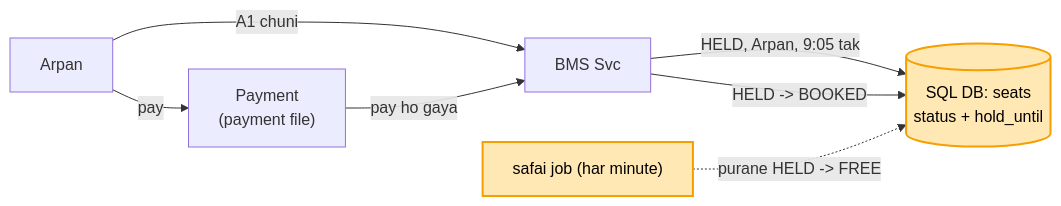
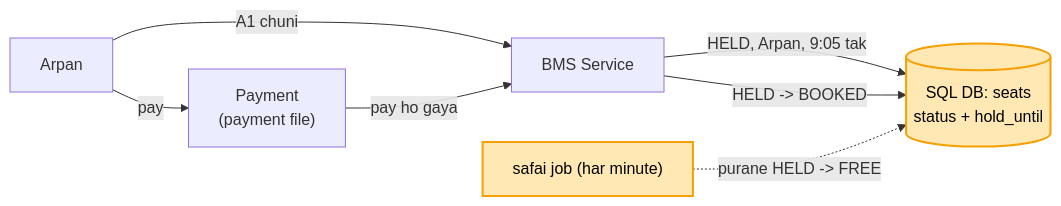
Before and after one commit to ArpanMaheshwari144/Prep: the second of 5 diagrams in 04_HLD/SYSTEM_DESIGNS/09_bookmyshow/09_bookmyshow.md, drawn with Mermaid. The commit also changed other lines of this file and 8 other files, not shown here.

````diff
--- a/04_HLD/SYSTEM_DESIGNS/09_bookmyshow/09_bookmyshow.md
+++ b/04_HLD/SYSTEM_DESIGNS/09_bookmyshow/09_bookmyshow.md
@@ -127,11 +127,11 @@
 ```mermaid
 flowchart LR
-    U["Arpan"] -- "A1 chuni" --> S["BMS Svc"]
+    U["Arpan"] -- "A1 chuni" --> S["BMS Service"]
     S -- "HELD, Arpan, 9:05 tak" --> D[("SQL DB: seats<br/>status + hold_until")]
     U -- "pay" --> P["Payment<br/>(payment file)"]
     P -- "pay ho gaya" --> S
     S -- "HELD -> BOOKED" --> D
     J["safai job (har minute)"] -. "purane HELD -> FREE" .-> D
     style D fill:#ffe8b3,stroke:#f59f00,stroke-width:2px,color:#000
     style J fill:#ffe8b3,stroke:#f59f00,stroke-width:2px,color:#000
 ```
````
